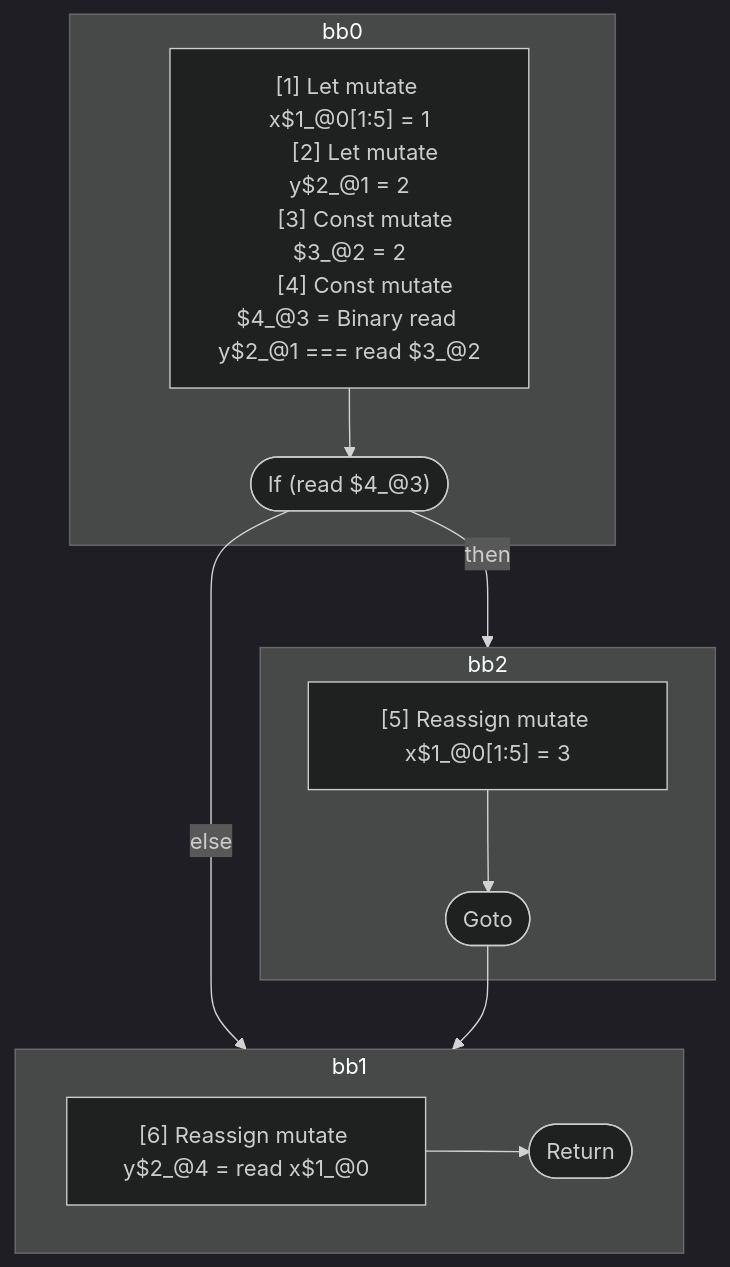
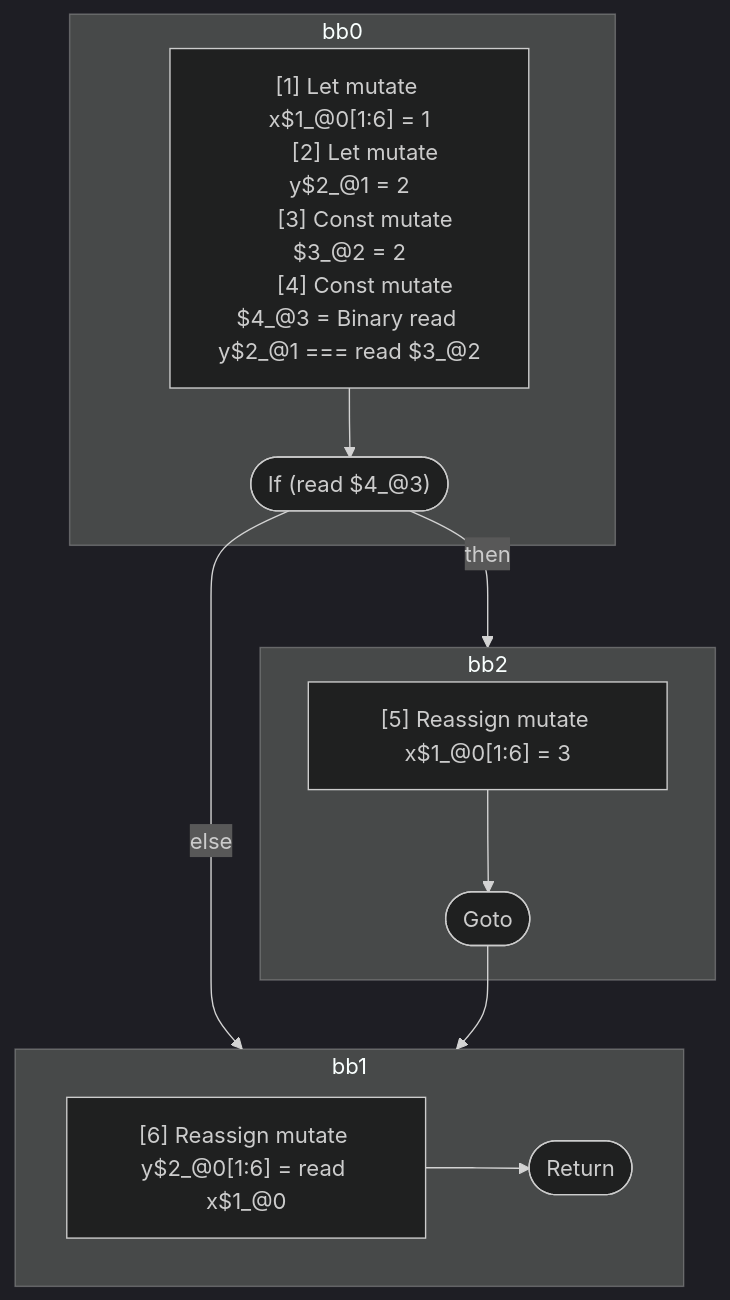
One commit to wutsmog/private changed the diagram in compiler/forget/src/__tests__/fixtures/hir/ssa-complex-single-if.expect.md. Above: the diagram before and after it, drawn with Mermaid (dark theme). The commit also changed other lines of this file and 13 other files, not shown here.

````diff
--- a/compiler/forget/src/__tests__/fixtures/hir/ssa-complex-single-if.expect.md
+++ b/compiler/forget/src/__tests__/fixtures/hir/ssa-complex-single-if.expect.md
@@ -38,31 +38,31 @@
 ```mermaid
 flowchart TB
   %% Basic Blocks
   subgraph bb0
     bb0_instrs["
-      [1] Let mutate x$1_@0[1:5] = 1
+      [1] Let mutate x$1_@0[1:6] = 1
       [2] Let mutate y$2_@1 = 2
       [3] Const mutate $3_@2 = 2
       [4] Const mutate $4_@3 = Binary read y$2_@1 === read $3_@2
     "]
     bb0_instrs --> bb0_terminal(["If (read $4_@3)"])
   end
   subgraph bb2
     bb2_instrs["
-      [5] Reassign mutate x$1_@0[1:5] = 3
+      [5] Reassign mutate x$1_@0[1:6] = 3
     "]
     bb2_instrs --> bb2_terminal(["Goto"])
   end
   subgraph bb1
     bb1_instrs["
-      [6] Reassign mutate y$2_@4 = read x$1_@0
+      [6] Reassign mutate y$2_@0[1:6] = read x$1_@0
     "]
     bb1_instrs --> bb1_terminal(["Return"])
   end
 
   %% Jumps
   bb0_terminal -- "then" --> bb2
   bb0_terminal -- "else" --> bb1
   bb2_terminal --> bb1
 
 ```
````
